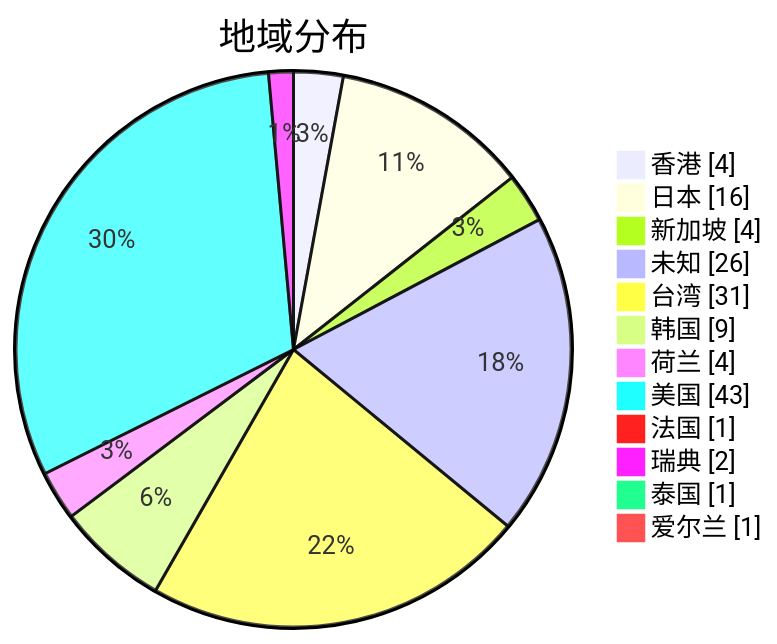
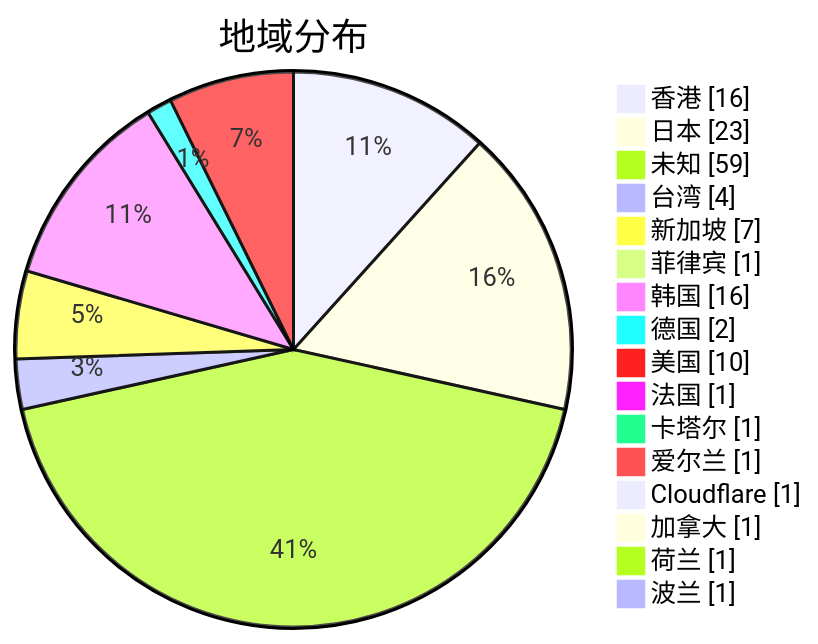
Before and after one commit to qjlxg/airport: the second of 3 diagrams in subs/statistics/tested_within.md, drawn with Mermaid. The commit also changed other lines of this file and 2 other files, not shown here.

Commit message:
Tested by metaST

````diff
--- a/subs/statistics/tested_within.md
+++ b/subs/statistics/tested_within.md
@@ -11,16 +11,20 @@
 ```mermaid
 pie showData
 title 地域分布
-"香港" : 4
-"日本" : 16
-"新加坡" : 4
-"未知" : 26
-"台湾" : 31
-"韩国" : 9
-"荷兰" : 4
-"美国" : 43
+"香港" : 16
+"日本" : 23
+"未知" : 59
+"台湾" : 4
+"新加坡" : 7
+"菲律宾" : 1
+"韩国" : 16
+"德国" : 2
+"美国" : 10
 "法国" : 1
-"瑞典" : 2
-"泰国" : 1
+"卡塔尔" : 1
 "爱尔兰" : 1
+"Cloudflare" : 1
+"加拿大" : 1
+"荷兰" : 1
+"波兰" : 1
 ```
````
